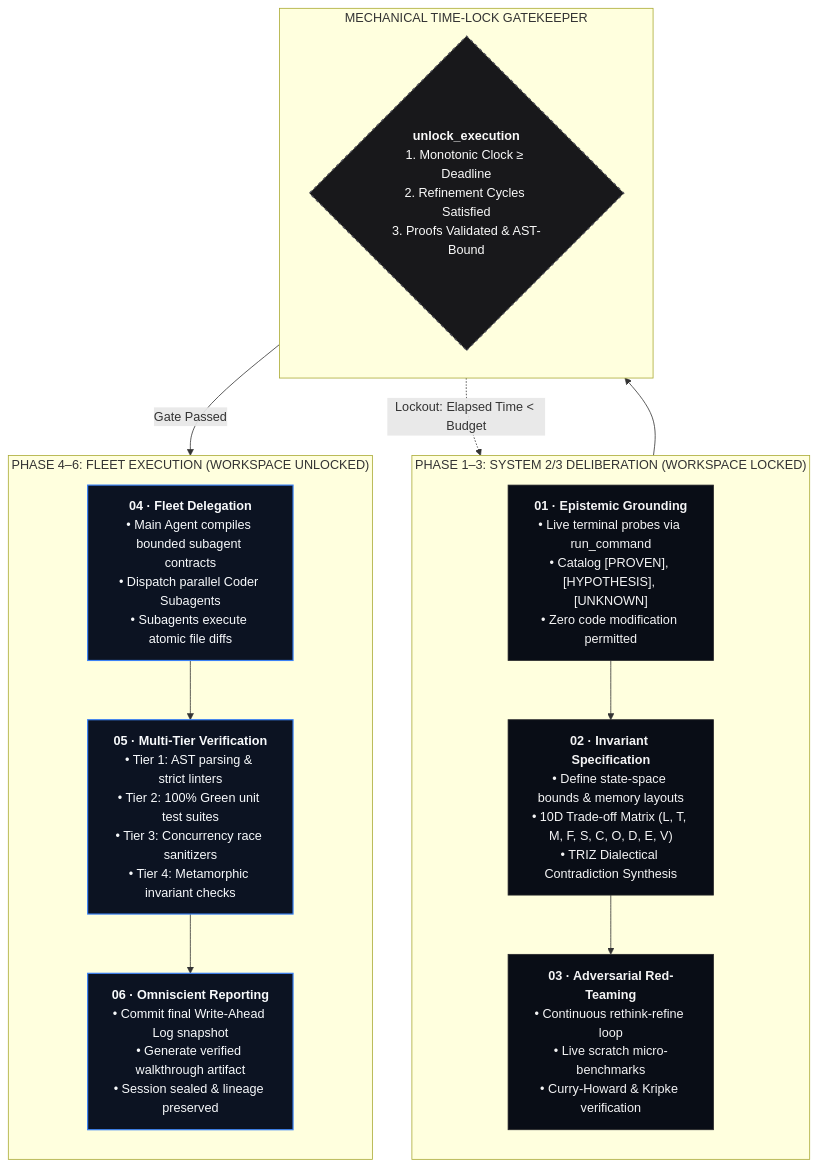
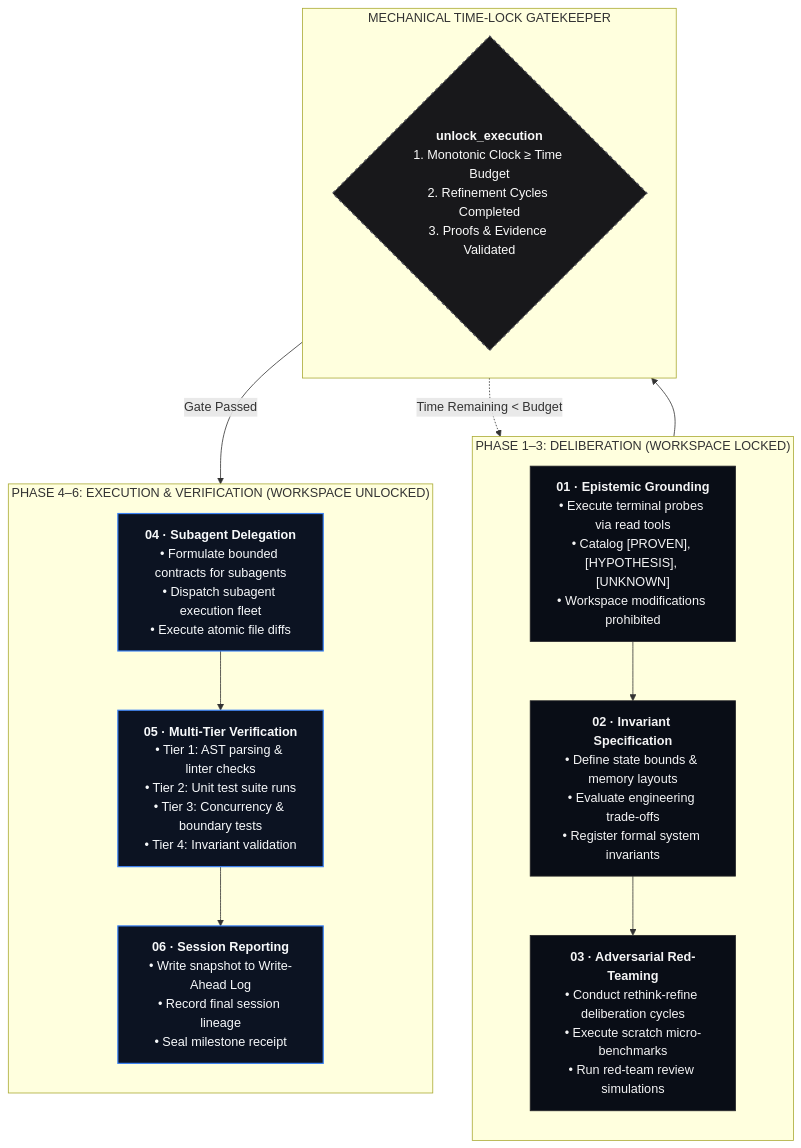
One commit to REX-codebase/fable-mode changed the diagram in README.md. Above: the diagram before and after it, drawn with Mermaid. The commit also changed other lines of this file and 3 other files, not shown here.

````diff
--- a/README.md
+++ b/README.md
@@ -300,28 +210,28 @@
 ```mermaid
 flowchart TD
     classDef phase fill:#090d16,stroke:#27272a,color:#f4f4f5,stroke-width:1px;
     classDef gate fill:#18181b,stroke:#52525b,color:#fafafa,stroke-dasharray: 4 4,stroke-width:1.5px;
     classDef unlocked fill:#0c1322,stroke:#3b82f6,color:#f8fafc,stroke-width:1.5px;
 
-    subgraph Deliberation ["PHASE 1–3: SYSTEM 2/3 DELIBERATION (WORKSPACE LOCKED)"]
+    subgraph Deliberation ["PHASE 1–3: DELIBERATION (WORKSPACE LOCKED)"]
         direction TB
-        P1["<b>01 · Epistemic Grounding</b><br/>• Live terminal probes via run_command<br/>• Catalog [PROVEN], [HYPOTHESIS], [UNKNOWN]<br/>• Zero code modification permitted"]:::phase
-        --> P2["<b>02 · Invariant Specification</b><br/>• Define state-space bounds & memory layouts<br/>• 10D Trade-off Matrix (L, T, M, F, S, C, O, D, E, V)<br/>• TRIZ Dialectical Contradiction Synthesis"]:::phase
-        --> P3["<b>03 · Adversarial Red-Teaming</b><br/>• Continuous rethink-refine loop<br/>• Live scratch micro-benchmarks<br/>• Curry-Howard & Kripke verification"]:::phase
+        P1["<b>01 · Epistemic Grounding</b><br/>• Execute terminal probes via read tools<br/>• Catalog [PROVEN], [HYPOTHESIS], [UNKNOWN]<br/>• Workspace modifications prohibited"]:::phase
+        --> P2["<b>02 · Invariant Specification</b><br/>• Define state bounds & memory layouts<br/>• Evaluate engineering trade-offs<br/>• Register formal system invariants"]:::phase
+        --> P3["<b>03 · Adversarial Red-Teaming</b><br/>• Conduct rethink-refine deliberation cycles<br/>• Execute scratch micro-benchmarks<br/>• Run red-team review simulations"]:::phase
     end
 
     subgraph Barrier ["MECHANICAL TIME-LOCK GATEKEEPER"]
-        G{"<b>unlock_execution</b><br/>1. Monotonic Clock &ge; Deadline<br/>2. Refinement Cycles Satisfied<br/>3. Proofs Validated & AST-Bound"}:::gate
+        G{"<b>unlock_execution</b><br/>1. Monotonic Clock &ge; Time Budget<br/>2. Refinement Cycles Completed<br/>3. Proofs & Evidence Validated"}:::gate
     end
 
-    subgraph Execution ["PHASE 4–6: FLEET EXECUTION (WORKSPACE UNLOCKED)"]
+    subgraph Execution ["PHASE 4–6: EXECUTION & VERIFICATION (WORKSPACE UNLOCKED)"]
         direction TB
-        P4["<b>04 · Fleet Delegation</b><br/>• Main Agent compiles bounded subagent contracts<br/>• Dispatch parallel Coder Subagents<br/>• Subagents execute atomic file diffs"]:::unlocked
-        --> P5["<b>05 · Multi-Tier Verification</b><br/>• Tier 1: AST parsing & strict linters<br/>• Tier 2: 100% Green unit test suites<br/>• Tier 3: Concurrency race sanitizers<br/>• Tier 4: Metamorphic invariant checks"]:::unlocked
-        --> P6["<b>06 · Omniscient Reporting</b><br/>• Commit final Write-Ahead Log snapshot<br/>• Generate verified walkthrough artifact<br/>• Session sealed & lineage preserved"]:::unlocked
+        P4["<b>04 · Subagent Delegation</b><br/>• Formulate bounded contracts for subagents<br/>• Dispatch subagent execution fleet<br/>• Execute atomic file diffs"]:::unlocked
+        --> P5["<b>05 · Multi-Tier Verification</b><br/>• Tier 1: AST parsing & linter checks<br/>• Tier 2: Unit test suite runs<br/>• Tier 3: Concurrency & boundary tests<br/>• Tier 4: Invariant validation"]:::unlocked
+        --> P6["<b>06 · Session Reporting</b><br/>• Write snapshot to Write-Ahead Log<br/>• Record final session lineage<br/>• Seal milestone receipt"]:::unlocked
     end
 
     Deliberation --> Barrier
     Barrier -->|Gate Passed| Execution
-    Barrier -.->|Lockout: Elapsed Time < Budget| P3
+    Barrier -.->|Time Remaining < Budget| P3
 ```
````
